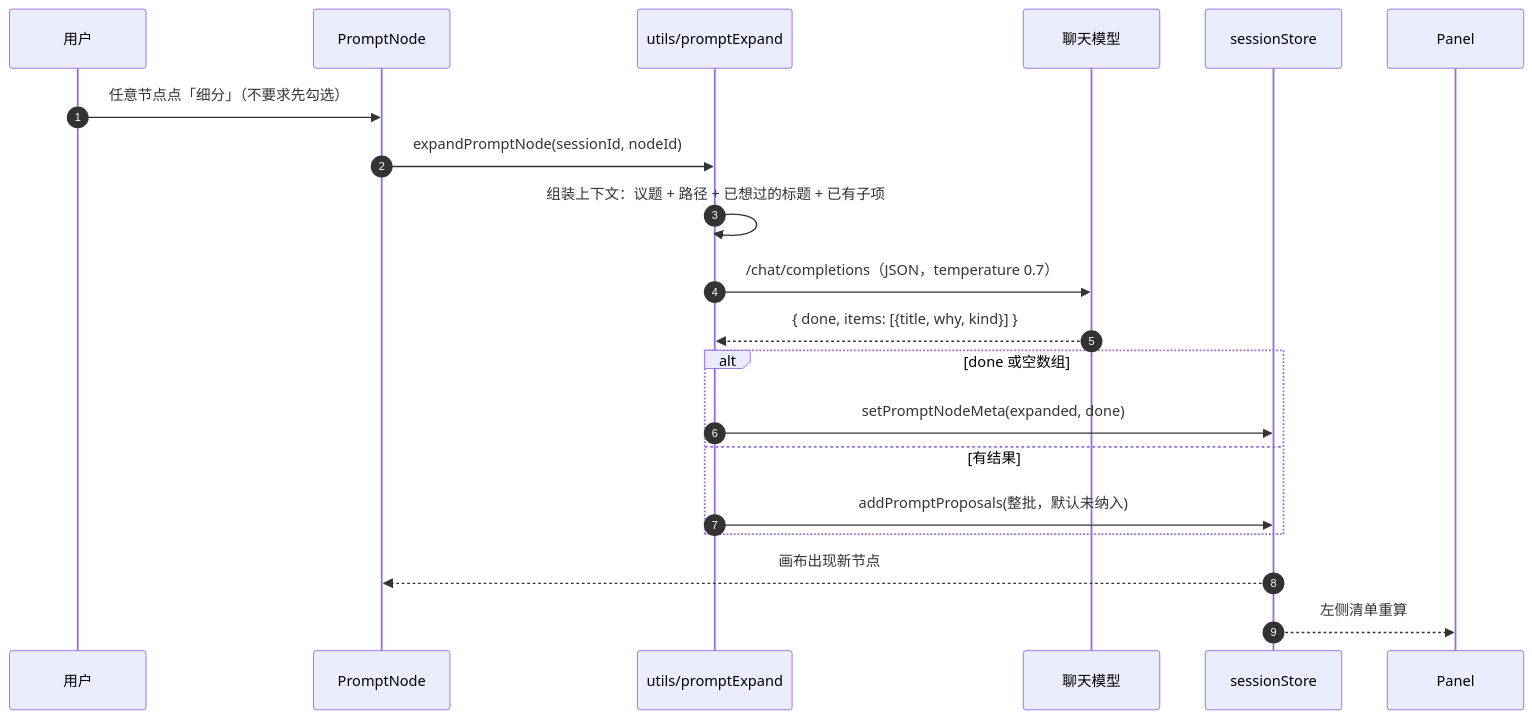
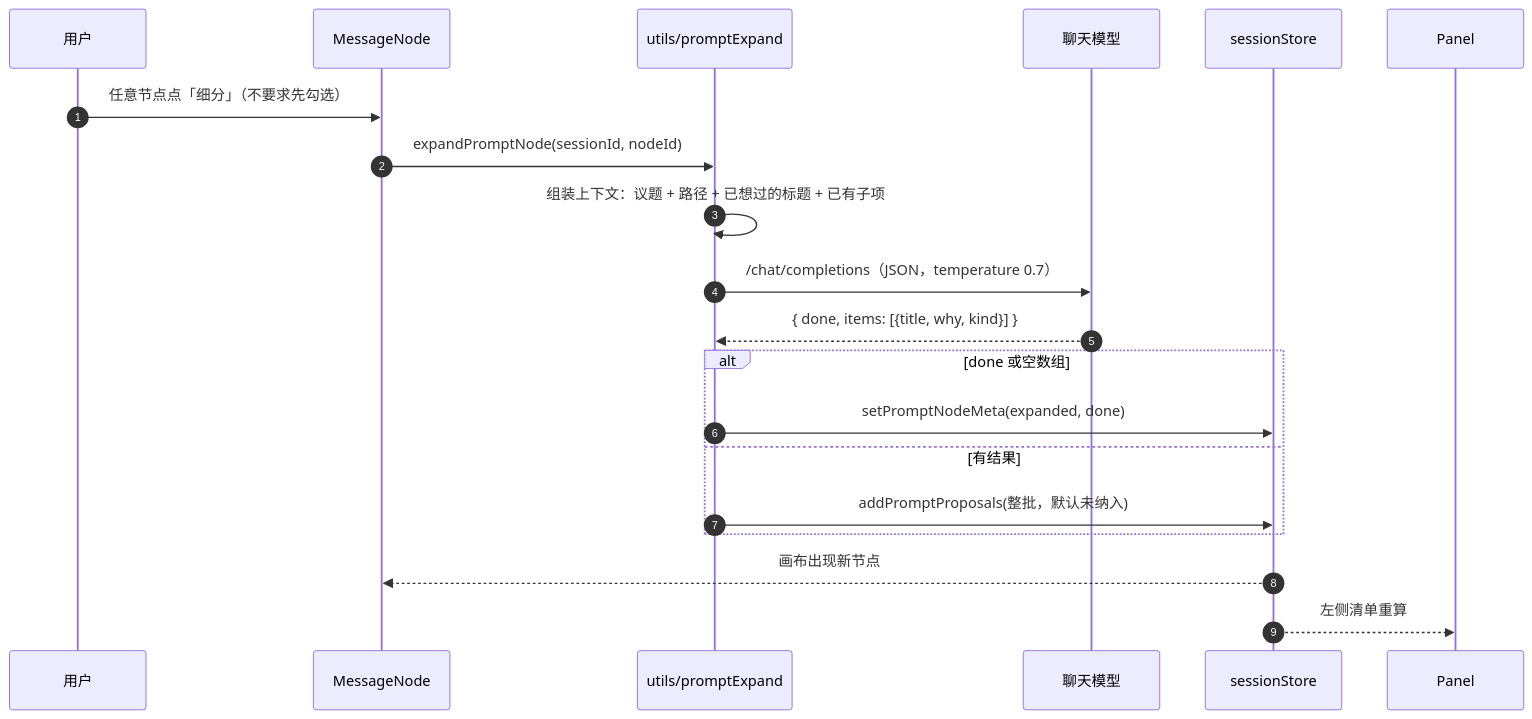
Diagram 20 of 23 in docs/ARCHITECTURE.md (ozzzzzh/Prunus), drawn with Mermaid before and after one commit. The commit also changed other lines of this file and 13 other files, not shown here.

````diff
--- a/docs/ARCHITECTURE.md
+++ b/docs/ARCHITECTURE.md
@@ -875,22 +875,22 @@
 ```mermaid
 sequenceDiagram
   autonumber
   participant U as 用户
-  participant N as PromptNode
+  participant N as MessageNode
   participant E as utils/promptExpand
   participant API as 聊天模型
   participant S as sessionStore
 
   U->>N: 任意节点点「细分」（不要求先勾选）
   N->>E: expandPromptNode(sessionId, nodeId)
   E->>E: 组装上下文：议题 + 路径 + 已想过的标题 + 已有子项
   E->>API: /chat/completions（JSON，temperature 0.7）
   API-->>E: { done, items: [{title, why, kind}] }
   alt done 或空数组
     E->>S: setPromptNodeMeta(expanded, done)
   else 有结果
     E->>S: addPromptProposals(整批，默认未纳入)
   end
   S-->>N: 画布出现新节点
   S-->>Panel: 左侧清单重算
 ```
````
